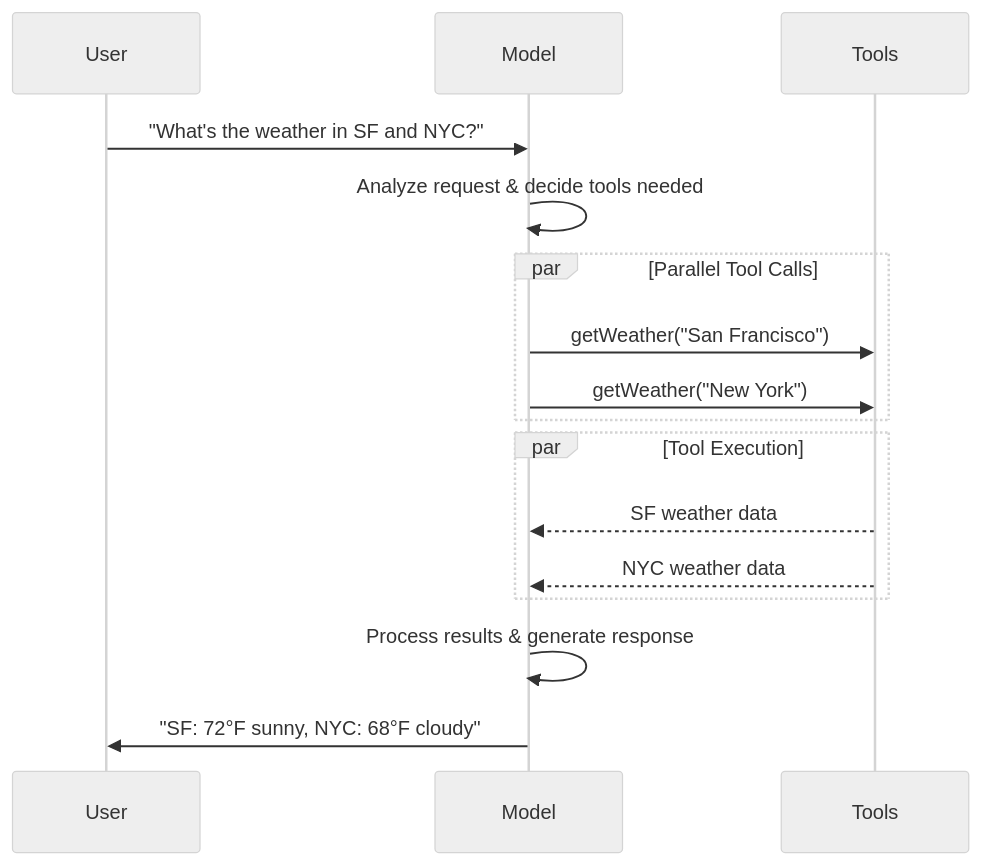
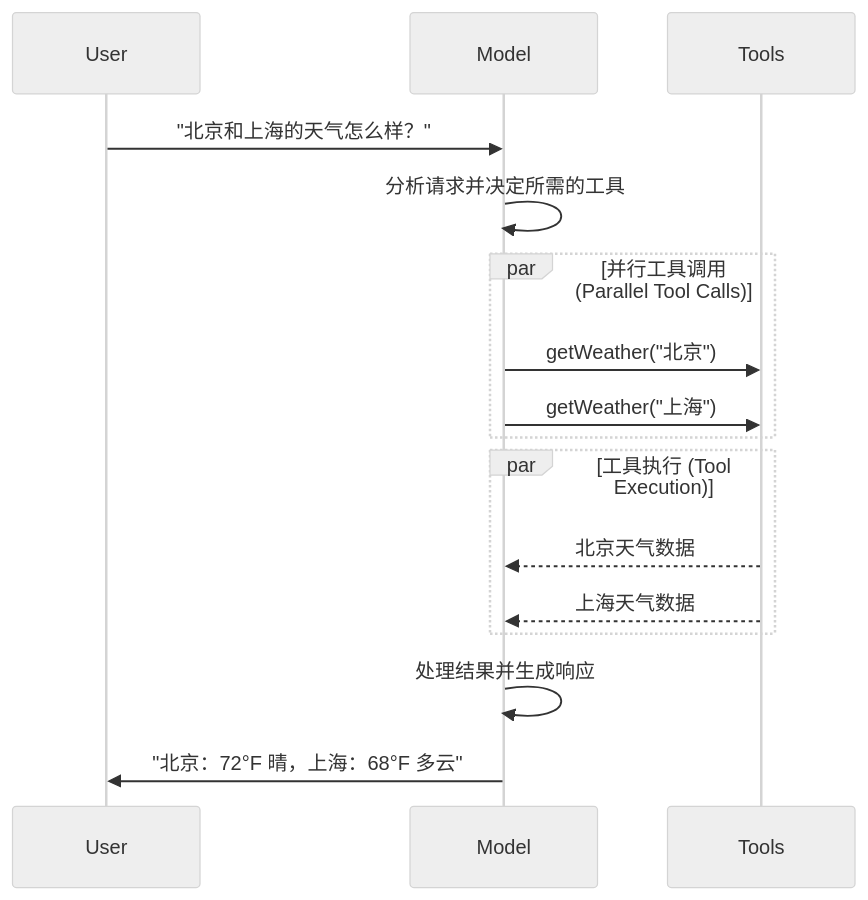
The diagram in cn-docs/oss/langchain/models.mdx (happyphper/langchain-docs-cn), drawn with Mermaid (neutral theme) before and after one commit. The commit also changed other lines of this file and 2 other files, not shown here.

````diff
--- a/cn-docs/oss/langchain/models.mdx
+++ b/cn-docs/oss/langchain/models.mdx
@@ -671,22 +660,22 @@
 ```mermaid
 sequenceDiagram
     participant U as User
     participant M as Model
     participant T as Tools
 
-    U->>M: "What's the weather in SF and NYC?"
-    M->>M: Analyze request & decide tools needed
+    U->>M: "北京和上海的天气怎么样？"
+    M->>M: 分析请求并决定所需的工具
 
-    par Parallel Tool Calls
-        M->>T: getWeather("San Francisco")
-        M->>T: getWeather("New York")
+    par 并行工具调用 (Parallel Tool Calls)
+        M->>T: getWeather("北京")
+        M->>T: getWeather("上海")
     end
 
-    par Tool Execution
-        T-->>M: SF weather data
-        T-->>M: NYC weather data
+    par 工具执行 (Tool Execution)
+        T-->>M: 北京天气数据
+        T-->>M: 上海天气数据
     end
 
-    M->>M: Process results & generate response
-    M->>U: "SF: 72°F sunny, NYC: 68°F cloudy"
+    M->>M: 处理结果并生成响应
+    M->>U: "北京：72°F 晴，上海：68°F 多云"
 ```
````
